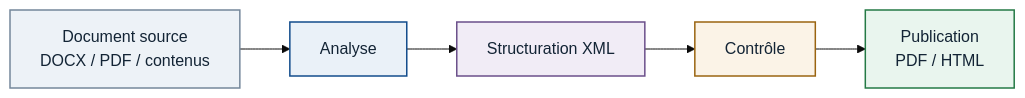
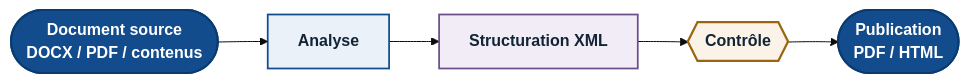
One commit to Gooseppr/ppr_solution_site changed the diagram in assets/diagrams/sources/documentation-structuree.mmd. Above: the diagram before and after it, drawn with Mermaid (base theme). The commit also changed 26 other files, not shown here.

```diff
--- a/assets/diagrams/sources/documentation-structuree.mmd
+++ b/assets/diagrams/sources/documentation-structuree.mmd
@@ -1,14 +1,15 @@
 flowchart LR
     accTitle: Chaîne de structuration documentaire
     accDescr: Un document ou contenu source est analysé, structuré en XML selon un modèle, contrôlé puis publié en PDF et HTML.
 
-    A["Document source<br/>DOCX / PDF / contenus"]:::neutral --> B["Analyse"]:::action
-    B --> C["Structuration XML"]:::structure
-    C --> D["Contrôle"]:::warning
-    D --> E["Publication<br/>PDF / HTML"]:::success
+    A(["`**Document source**
+    DOCX / PDF / contenus`"]):::terminal --> B["`**Analyse**`"]:::action
+    B --> C["`**Structuration XML**`"]:::structure
+    C --> D{{"`**Contrôle**`"}}:::warning
+    D --> E(["`**Publication**
+    PDF / HTML`"]):::terminal
 
-    classDef neutral fill:#edf2f7,stroke:#74879a,stroke-width:1.5px,color:#132435;
-    classDef action fill:#eaf1f8,stroke:#124c8c,stroke-width:1.5px,color:#132435;
-    classDef structure fill:#f1ecf6,stroke:#6b4f8a,stroke-width:1.5px,color:#132435;
-    classDef warning fill:#fbf3e7,stroke:#9a6410,stroke-width:1.5px,color:#132435;
-    classDef success fill:#e9f5ee,stroke:#247a45,stroke-width:1.5px,color:#132435;
+    classDef terminal fill:#124c8c,stroke:#0a3b70,stroke-width:2px,color:#ffffff,font-weight:700;
+    classDef action fill:#eaf1f8,stroke:#124c8c,stroke-width:1.75px,color:#132435,font-weight:500;
+    classDef structure fill:#f1ecf6,stroke:#6b4f8a,stroke-width:1.75px,color:#132435,font-weight:500;
+    classDef warning fill:#fbf3e7,stroke:#9a6410,stroke-width:2.25px,color:#132435,font-weight:500;
```
